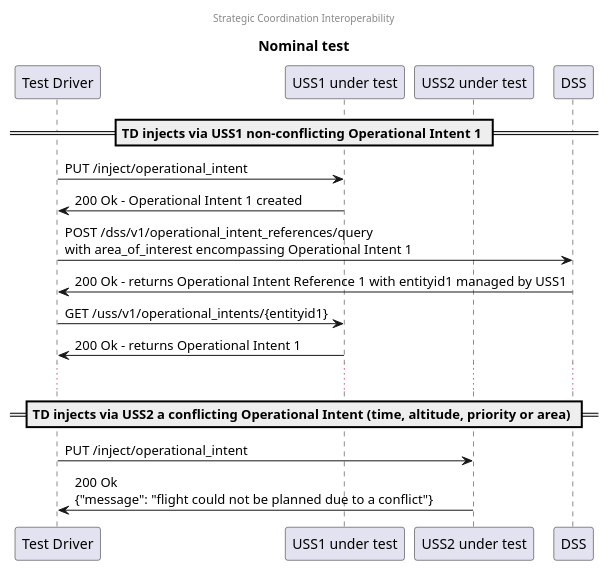
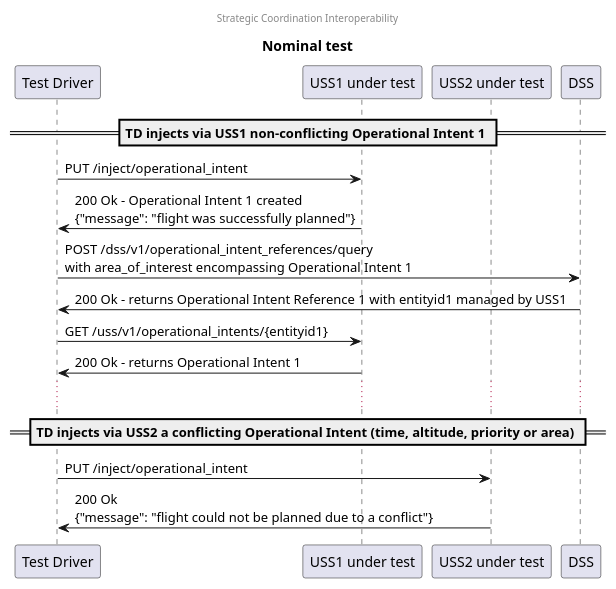
One commit to interuss/dss changed the diagram in interfaces/automated-testing/scd/design/strategic-coordination-interoperability/nominal-test.plantuml. Above: the diagram before and after it, drawn with PlantUML.

Commit message:
Add response on valid injection use case

```diff
--- a/interfaces/automated-testing/scd/design/strategic-coordination-interoperability/nominal-test.plantuml
+++ b/interfaces/automated-testing/scd/design/strategic-coordination-interoperability/nominal-test.plantuml
@@ -1,28 +1,28 @@
 @startuml
 center header Strategic Coordination Interoperability
 title Nominal test
 
 participant "Test Driver" as TD
 participant "USS1 under test" as USS1
 participant "USS2 under test" as USS2
 participant "DSS"
 
 == TD injects via USS1 non-conflicting Operational Intent 1 ==
 
 TD -> USS1: PUT /inject/operational_intent
-TD <- USS1: 200 Ok - Operational Intent 1 created
+TD <- USS1: 200 Ok - Operational Intent 1 created\n{"message": "flight was successfully planned"}
 
 TD -> DSS: POST /dss/v1/operational_intent_references/query\nwith area_of_interest encompassing Operational Intent 1
 TD <- DSS: 200 Ok - returns Operational Intent Reference 1 with entityid1 managed by USS1
 
 TD -> USS1: GET /uss/v1/operational_intents/{entityid1}
 TD <- USS1: 200 Ok - returns Operational Intent 1
 
 ...
 
 == TD injects via USS2 a conflicting Operational Intent (time, altitude, priority or area) ==
 
 TD -> USS2: PUT /inject/operational_intent
 TD <- USS2: 200 Ok\n{"message": "flight could not be planned due to a conflict"}
 
 @enduml
```
